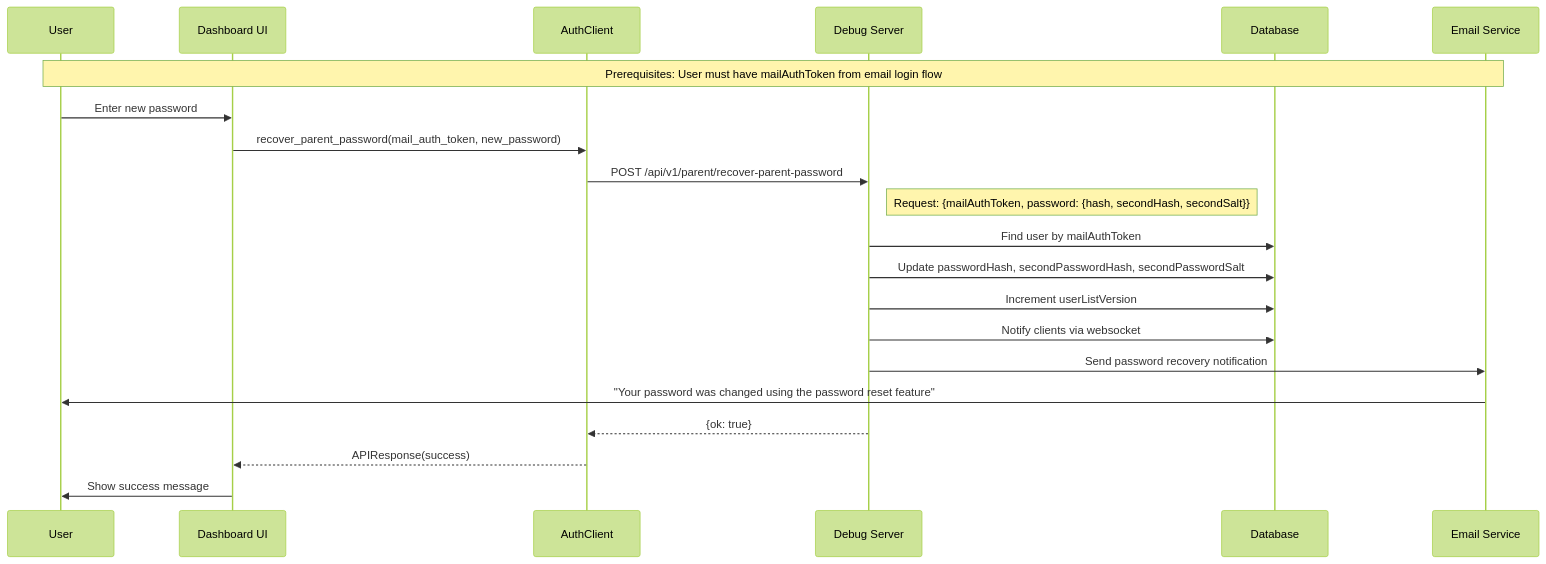
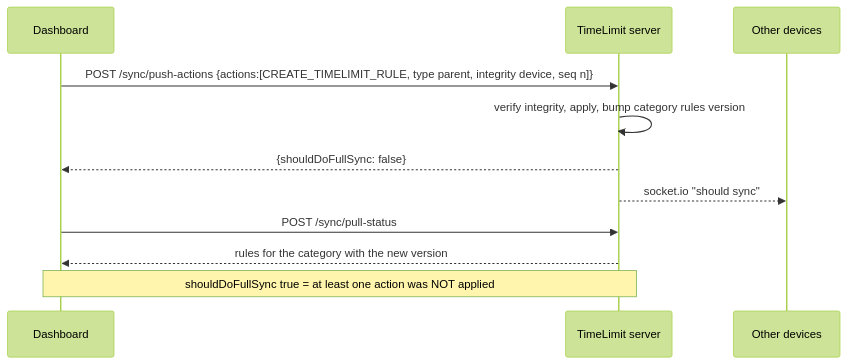
The second of 2 diagrams in timelimit-ui/docs/ServerAPI.md (JeroenLind/timelimit-ui), drawn with Mermaid (forest theme) before and after one commit. The commit also changed other lines of this file and 5 other files, not shown here.

First line of the commit message:
Rewrite ServerAPI.md from the server implementation

````diff
--- a/timelimit-ui/docs/ServerAPI.md
+++ b/timelimit-ui/docs/ServerAPI.md
@@ -238,27 +480,13 @@
 ```mermaid
 sequenceDiagram
-    participant User as User
-    participant UI as Dashboard UI
-    participant Client as AuthClient
-    participant Server as Debug Server
-    participant DB as Database
-    participant Email as Email Service
-
-    Note over User,Email: Prerequisites: User must have mailAuthToken from email login flow
-
-    User->>UI: Enter new password
-    UI->>Client: recover_parent_password(mail_auth_token, new_password)
-    Client->>Server: POST /api/v1/parent/recover-parent-password
-    Note right of Server: Request: {mailAuthToken, password: {hash, secondHash, secondSalt}}
-
-    Server->>DB: Find user by mailAuthToken
-    Server->>DB: Update passwordHash, secondPasswordHash, secondPasswordSalt
-    Server->>DB: Increment userListVersion
-    Server->>DB: Notify clients via websocket
-    Server->>Email: Send password recovery notification
-    Email->>User: "Your password was changed using the password reset feature"
-
-    Server-->>Client: {ok: true}
-    Client-->>UI: APIResponse(success)
-    UI->>User: Show success message
+    participant D as Dashboard
+    participant S as TimeLimit server
+    participant O as Other devices
+    D->>S: POST /sync/push-actions {actions:[CREATE_TIMELIMIT_RULE, type parent, integrity device, seq n]}
+    S->>S: verify integrity, apply, bump category rules version
+    S-->>D: {shouldDoFullSync: false}
+    S-->>O: socket.io "should sync"
+    D->>S: POST /sync/pull-status
+    S-->>D: rules for the category with the new version
+    Note over D,S: shouldDoFullSync true = at least one action was NOT applied
 ```
````
